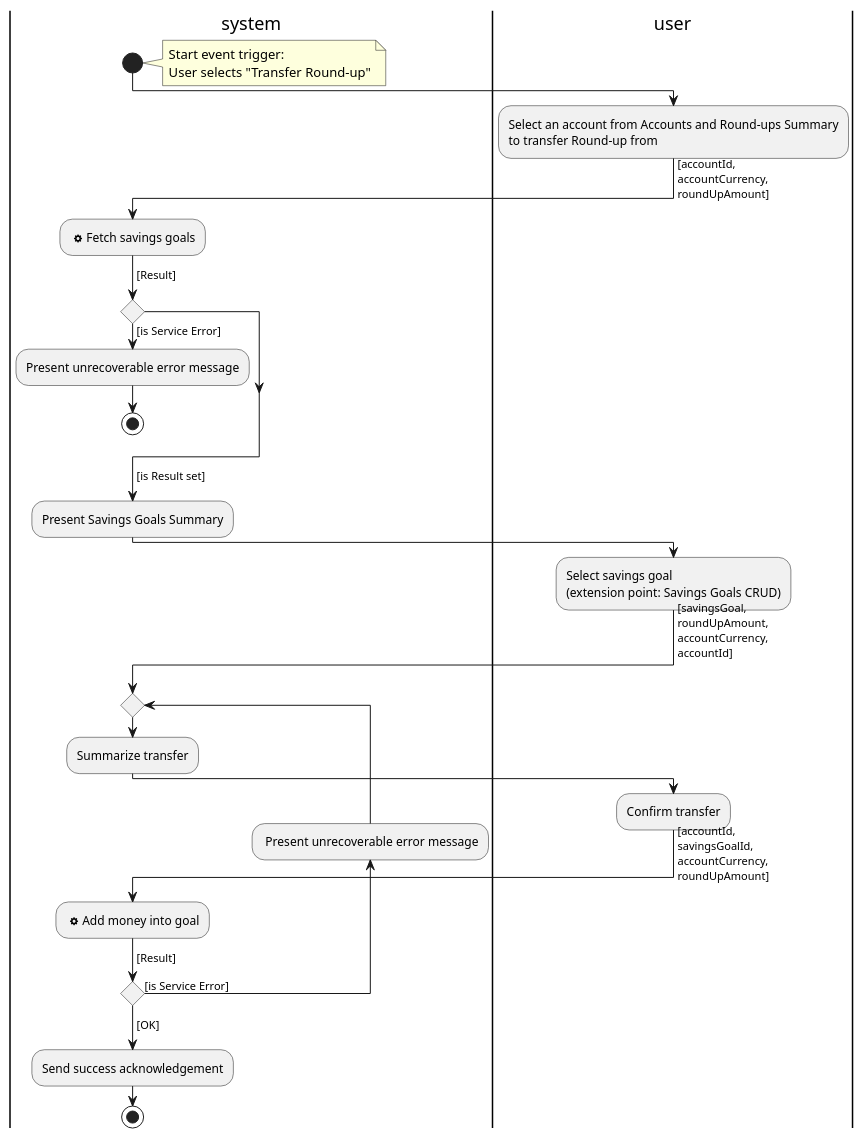
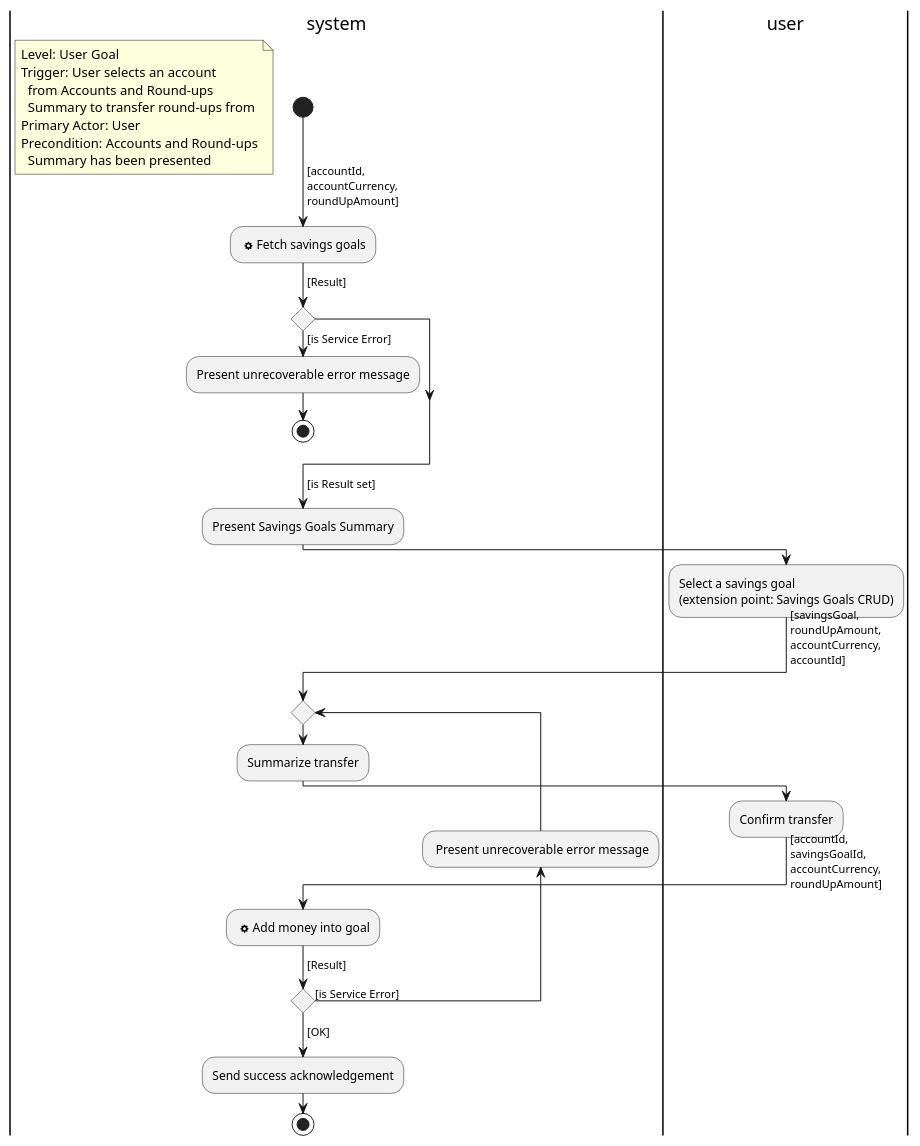
Before and after one commit to hristo-stefanov/MiniBankingDemo: the diagram in diagrams/User Goal/Transfer Round-up Activity Diagram.puml, drawn with PlantUML. The commit also changed 2 other files, not shown here.

Commit message:
Restructure diagrams

```diff
--- a/diagrams/User Goal/Transfer Round-up Activity Diagram.puml
+++ b/diagrams/User Goal/Transfer Round-up Activity Diagram.puml
@@ -1,75 +1,76 @@
 @startuml
 'https://plantuml.com/activity-diagram-beta
 
 |system|
 start
 
-note right
-Start event trigger:
-User selects "Transfer Round-up"
+floating note left
+Level: User Goal
+Trigger: User selects an account
+  from Accounts and Round-ups
+  Summary to transfer round-ups from
+Primary Actor: User
+Precondition: Accounts and Round-ups
+  Summary has been presented
 endnote
 
-
-|user|
-:Select an account from Accounts and Round-ups Summary
-to transfer Round-up from;
 'passed to SavingsGoalsFragment
 -> [accountId,
 accountCurrency,
 roundUpAmount];
 
 |system|
 
 'ListSavingGoalsInteractor
 : <&cog> Fetch savings goals;
 -> [Result];
 
 'SavingsGoalsViewModel
 if () then ([is Service Error])
     'displays a dialog, not a snackbar
     'doesn't return to the main screen
     :Present unrecoverable error message; <<sendSignal>>
     stop
 endif
 -> [is Result set];
 
 :Present Savings Goals Summary; <<sendSignal>>
 |user|
-:Select savings goal
+:Select a savings goal
 (extension point: Savings Goals CRUD);
 |system|
 'passed to TransferConfirmationFragment
 ->[savingsGoal,
 roundUpAmount,
 accountCurrency,
 accountId]
 ;
 
 repeat
 'TransferConfirmationViewModel
 :Summarize transfer;
 
 |user|
 :Confirm transfer;
 -> [accountId,
 savingsGoalId,
 accountCurrency,
 roundUpAmount];
 |system|
 'AddMoneyIntoGoalInteractor
 : <&cog> Add money into goal;
 -> [Result];
 
 'displays a dialog, not a snackbar
 backward: Present unrecoverable error message; <<sendSignal>>
 
 repeat while () is ([is Service Error])
 -> [OK];
 
 'TransferConfirmationViewModel
 'and returns to the main screen - navigationChannel.send(Navigation.Before(R.id.savingsGoalsDestination))
 :Send success acknowledgement; <<sendSignal>>
 
 stop
 
 @enduml
```
